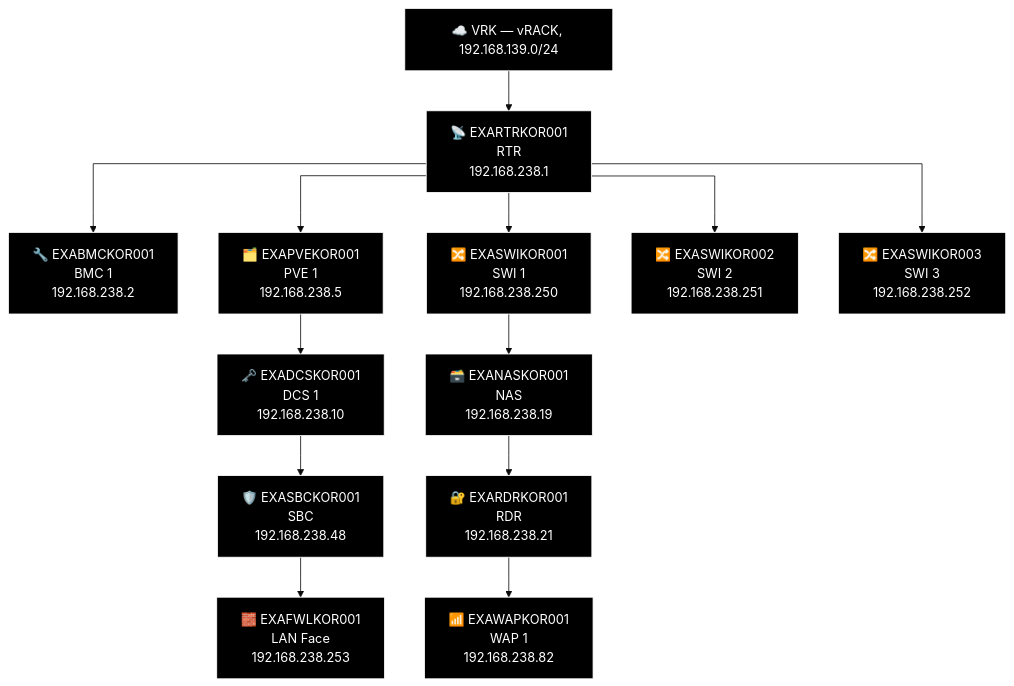
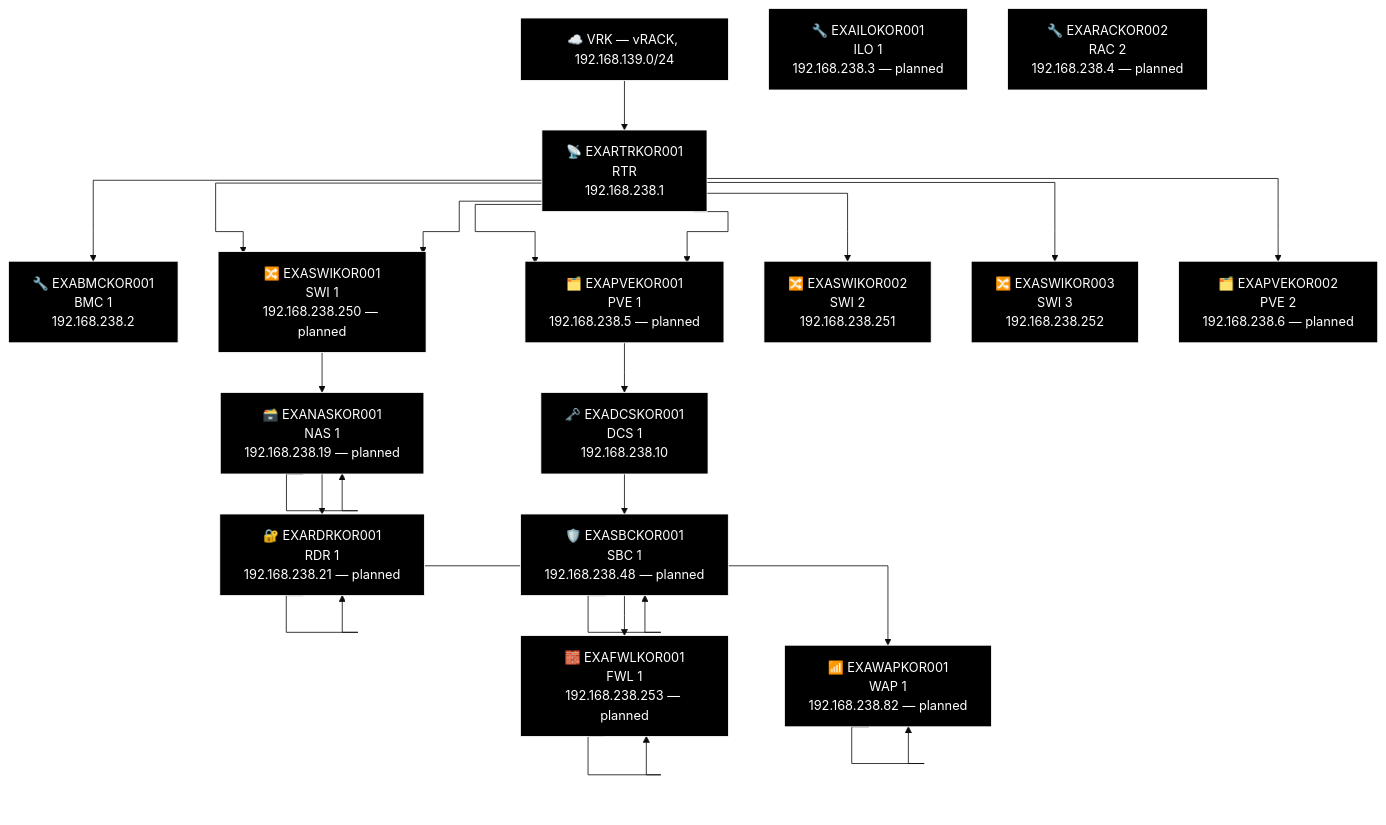
Diagram 14 of 23 in docs/network-diagram/danmark.md (knightmare2600/example_music_infra), drawn with Mermaid (base theme) before and after one commit. The commit also changed other lines of this file and 12 other files, not shown here.

````diff
--- a/docs/network-diagram/danmark.md
+++ b/docs/network-diagram/danmark.md
@@ -639,40 +691,63 @@
 ```mermaid
 %% GENERATED:TOPOLOGY:KOR:START
 %%{init: {'flowchart': {'curve': 'stepAfter'}}}%%
 graph TD
     T_VRK["☁️ VRK — vRACK, 192.168.139.0/24"]
     T_RTR["📡 EXARTRKOR001<br/>RTR<br/>192.168.238.1"]
     T_VRK --> T_RTR
     T_BMC["🔧 EXABMCKOR001<br/>BMC 1<br/>192.168.238.2"]
     T_RTR --> T_BMC
     T_PVE["🗂️ EXAPVEKOR001<br/>PVE 1<br/>192.168.238.5"]
     T_RTR --> T_PVE
     T_SWI["🔀 EXASWIKOR001<br/>SWI 1<br/>192.168.238.250"]
     T_RTR --> T_SWI
     T_SWI2["🔀 EXASWIKOR002<br/>SWI 2<br/>192.168.238.251"]
     T_RTR --> T_SWI2
     T_SWI3["🔀 EXASWIKOR003<br/>SWI 3<br/>192.168.238.252"]
     T_RTR --> T_SWI3
+    T_SWI["🔀 EXASWIKOR001<br/>SWI 1<br/>192.168.238.250 — planned"]
+    T_RTR --> T_SWI
+    T_PVE["🗂️ EXAPVEKOR001<br/>PVE 1<br/>192.168.238.5 — planned"]
+    T_RTR --> T_PVE
+    T_PVE2["🗂️ EXAPVEKOR002<br/>PVE 2<br/>192.168.238.6 — planned"]
+    T_RTR --> T_PVE2
     T_NAS["🗃️ EXANASKOR001<br/>NAS<br/>192.168.238.19"]
+    T_NAS["🗃️ EXANASKOR001<br/>NAS 1<br/>192.168.238.19 — planned"]
     T_RDR["🔐 EXARDRKOR001<br/>RDR<br/>192.168.238.21"]
+    T_RDR["🔐 EXARDRKOR001<br/>RDR 1<br/>192.168.238.21 — planned"]
     T_WAP["📶 EXAWAPKOR001<br/>WAP 1<br/>192.168.238.82"]
-    T_SWI --> T_NAS --> T_RDR --> T_WAP
+    T_WAP["📶 EXAWAPKOR001<br/>WAP 1<br/>192.168.238.82 — planned"]
+    T_SWI --> T_NAS --> T_NAS --> T_RDR --> T_RDR --> T_WAP --> T_WAP
     T_DCS["🗝️ EXADCSKOR001<br/>DCS 1<br/>192.168.238.10"]
     T_SBC["🛡️ EXASBCKOR001<br/>SBC<br/>192.168.238.48"]
+    T_SBC["🛡️ EXASBCKOR001<br/>SBC 1<br/>192.168.238.48 — planned"]
     T_FWL["🧱 EXAFWLKOR001<br/>LAN Face<br/>192.168.238.253"]
-    T_PVE --> T_DCS --> T_SBC --> T_FWL
+    T_FWL["🧱 EXAFWLKOR001<br/>FWL 1<br/>192.168.238.253 — planned"]
+    T_PVE --> T_DCS --> T_SBC --> T_SBC --> T_FWL --> T_FWL
+    T_ILO["🔧 EXAILOKOR001<br/>ILO 1<br/>192.168.238.3 — planned"]
+    T_RAC["🔧 EXARACKOR002<br/>RAC 2<br/>192.168.238.4 — planned"]
     style T_VRK fill:#000000,stroke:#FFFFFF,color:#FFFFFF
     style T_RTR fill:#000000,stroke:#FFFFFF,color:#FFFFFF
     style T_BMC fill:#000000,stroke:#FFFFFF,color:#FFFFFF
     style T_PVE fill:#000000,stroke:#FFFFFF,color:#FFFFFF
     style T_SWI fill:#000000,stroke:#FFFFFF,color:#FFFFFF
     style T_SWI2 fill:#000000,stroke:#FFFFFF,color:#FFFFFF
     style T_SWI3 fill:#000000,stroke:#FFFFFF,color:#FFFFFF
+    style T_SWI fill:#000000,stroke:#FFFFFF,color:#FFFFFF
+    style T_PVE fill:#000000,stroke:#FFFFFF,color:#FFFFFF
+    style T_PVE2 fill:#000000,stroke:#FFFFFF,color:#FFFFFF
+    style T_NAS fill:#000000,stroke:#FFFFFF,color:#FFFFFF
     style T_NAS fill:#000000,stroke:#FFFFFF,color:#FFFFFF
     style T_RDR fill:#000000,stroke:#FFFFFF,color:#FFFFFF
+    style T_RDR fill:#000000,stroke:#FFFFFF,color:#FFFFFF
+    style T_WAP fill:#000000,stroke:#FFFFFF,color:#FFFFFF
     style T_WAP fill:#000000,stroke:#FFFFFF,color:#FFFFFF
     style T_DCS fill:#000000,stroke:#FFFFFF,color:#FFFFFF
     style T_SBC fill:#000000,stroke:#FFFFFF,color:#FFFFFF
+    style T_SBC fill:#000000,stroke:#FFFFFF,color:#FFFFFF
     style T_FWL fill:#000000,stroke:#FFFFFF,color:#FFFFFF
+    style T_FWL fill:#000000,stroke:#FFFFFF,color:#FFFFFF
+    style T_ILO fill:#000000,stroke:#FFFFFF,color:#FFFFFF
+    style T_RAC fill:#000000,stroke:#FFFFFF,color:#FFFFFF
 %% GENERATED:TOPOLOGY:KOR:END
 ```
````
